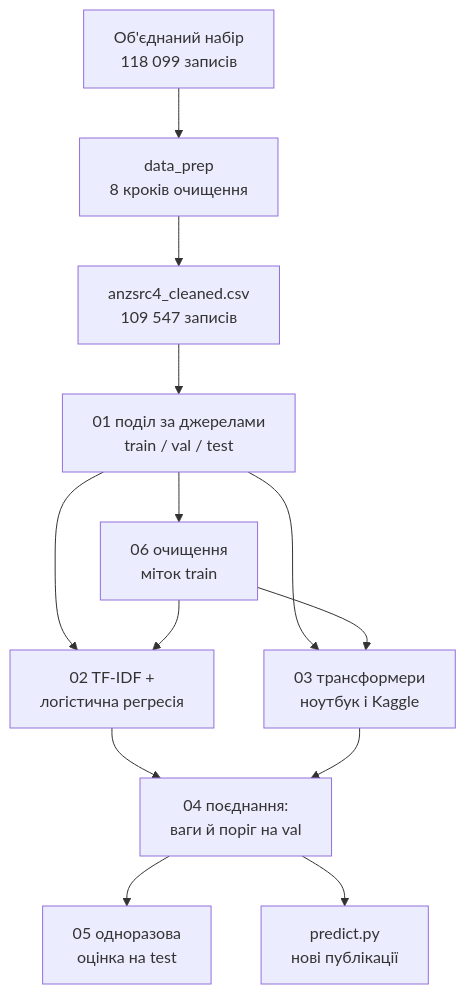
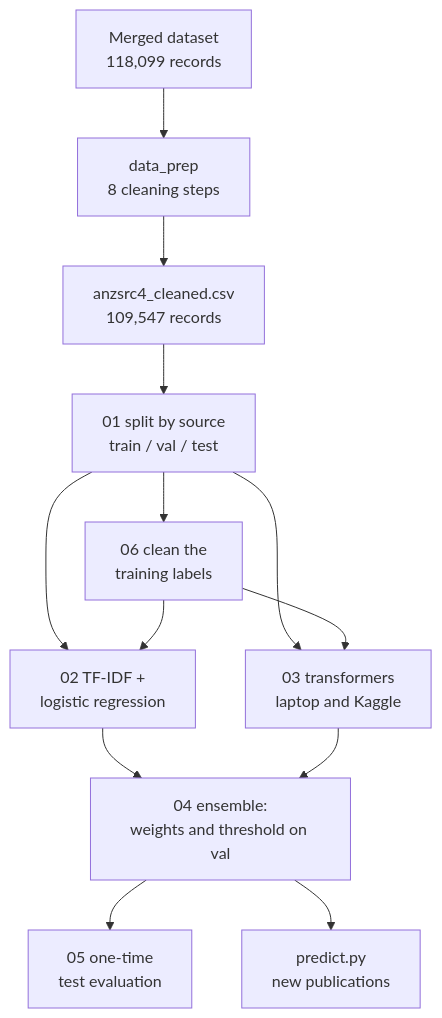
One commit to Yaroslavandds/anzsrc-for-classifier changed the diagram in README.md. Above: the diagram before and after it, drawn with Mermaid. The commit also changed other lines of this file and 2 other files, not shown here.

First line of the commit message:
Make the English README the main one

````diff
--- a/README.md
+++ b/README.md
@@ -71,15 +73,15 @@
 ```mermaid
 flowchart TD
-    A["Об'єднаний набір<br/>118 099 записів"] --> B["data_prep<br/>8 кроків очищення"]
-    B --> C["anzsrc4_cleaned.csv<br/>109 547 записів"]
-    C --> D["01 поділ за джерелами<br/>train / val / test"]
-    D --> G["06 очищення<br/>міток train"]
-    D --> E["02 TF-IDF +<br/>логістична регресія"]
-    D --> F["03 трансформери<br/>ноутбук і Kaggle"]
+    A["Merged dataset<br/>118,099 records"] --> B["data_prep<br/>8 cleaning steps"]
+    B --> C["anzsrc4_cleaned.csv<br/>109,547 records"]
+    C --> D["01 split by source<br/>train / val / test"]
+    D --> G["06 clean the<br/>training labels"]
+    D --> E["02 TF-IDF +<br/>logistic regression"]
+    D --> F["03 transformers<br/>laptop and Kaggle"]
     G --> E
     G --> F
-    E --> H["04 поєднання:<br/>ваги й поріг на val"]
+    E --> H["04 ensemble:<br/>weights and threshold on val"]
     F --> H
-    H --> I["05 одноразова<br/>оцінка на test"]
-    H --> J["predict.py<br/>нові публікації"]
+    H --> I["05 one-time<br/>test evaluation"]
+    H --> J["predict.py<br/>new publications"]
 ```
````
